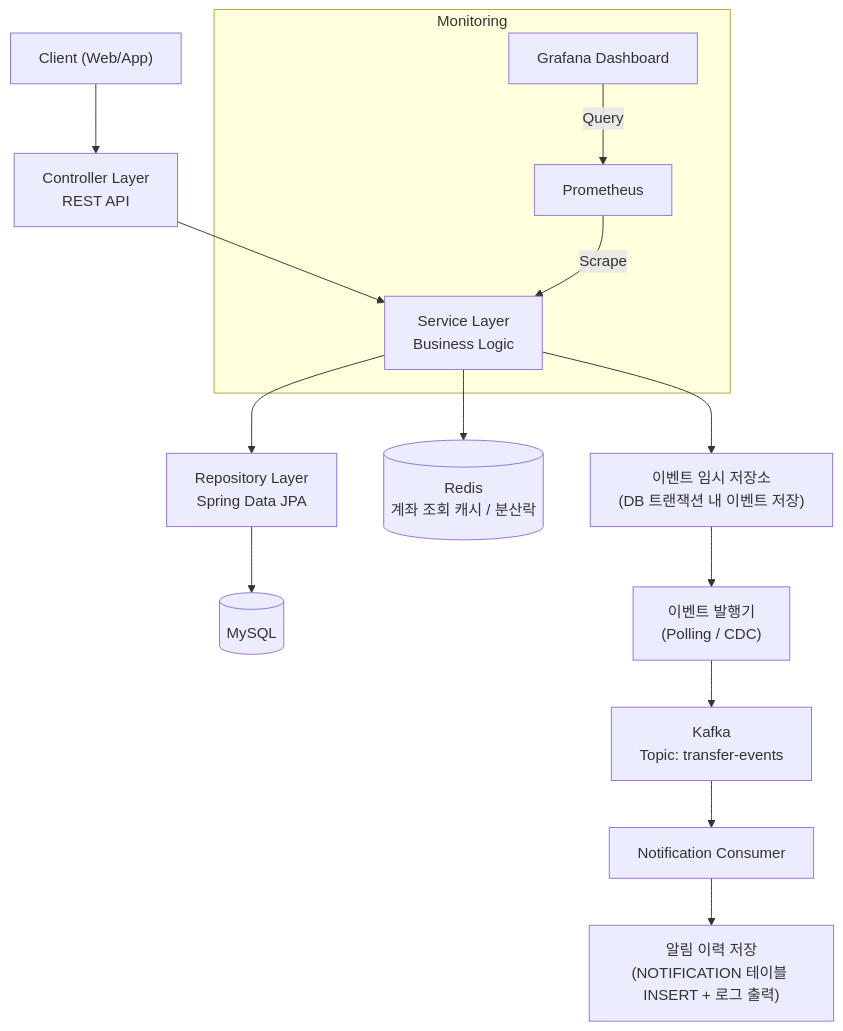
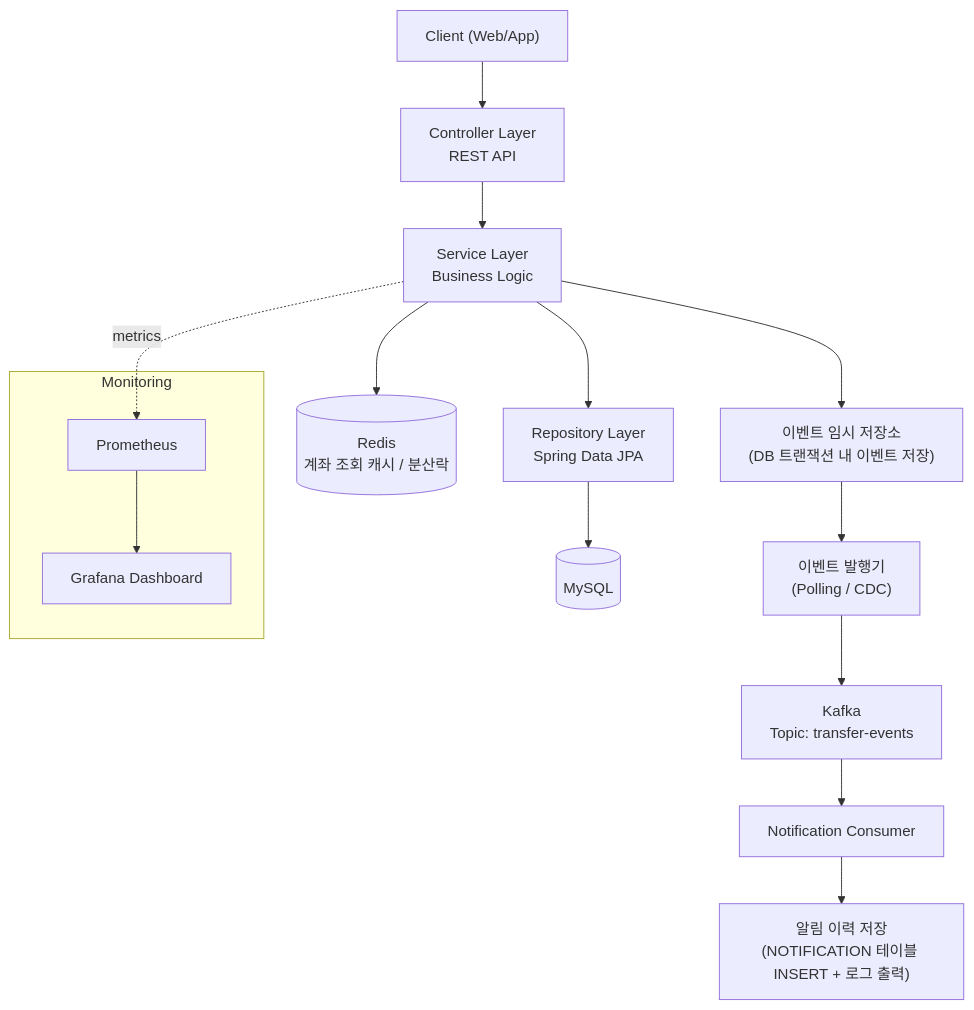
The diagram in README.md (yoon-kyung/banking-transfer-system), drawn with Mermaid before and after one commit. The commit also changed 37 other files, not shown here.

````diff
--- a/README.md
+++ b/README.md
@@ -69,21 +69,19 @@
 ```mermaid
 graph TD
     Client["Client (Web/App)"] --> API["Controller Layer<br/>REST API"]
     API --> Service["Service Layer<br/>Business Logic"]
     Service --> Repo["Repository Layer<br/>Spring Data JPA"]
     Repo --> DB[(MySQL)]
  
     Service --> Cache[(Redis<br/>계좌 조회 캐시 / 분산락)]
     Service --> Outbox["이벤트 임시 저장소<br/>(DB 트랜잭션 내 이벤트 저장)"]
     Outbox --> Relay["이벤트 발행기<br/>(Polling / CDC)"]
     Relay --> Kafka["Kafka<br/>Topic: transfer-events"]
     Kafka --> Consumer["Notification Consumer"]
     Consumer --> Mock["알림 이력 저장<br/>(NOTIFICATION 테이블 INSERT + 로그 출력)"]
  
     subgraph Monitoring
-        Prom["Prometheus"]
-        Grafana["Grafana Dashboard"]
-        Prom -->|"Scrape"| Service
-        Grafana -->|"Query"| Prom
+        Prom["Prometheus"] --> Grafana["Grafana Dashboard"]
     end
+    Service -.metrics.-> Prom
 ```
````
